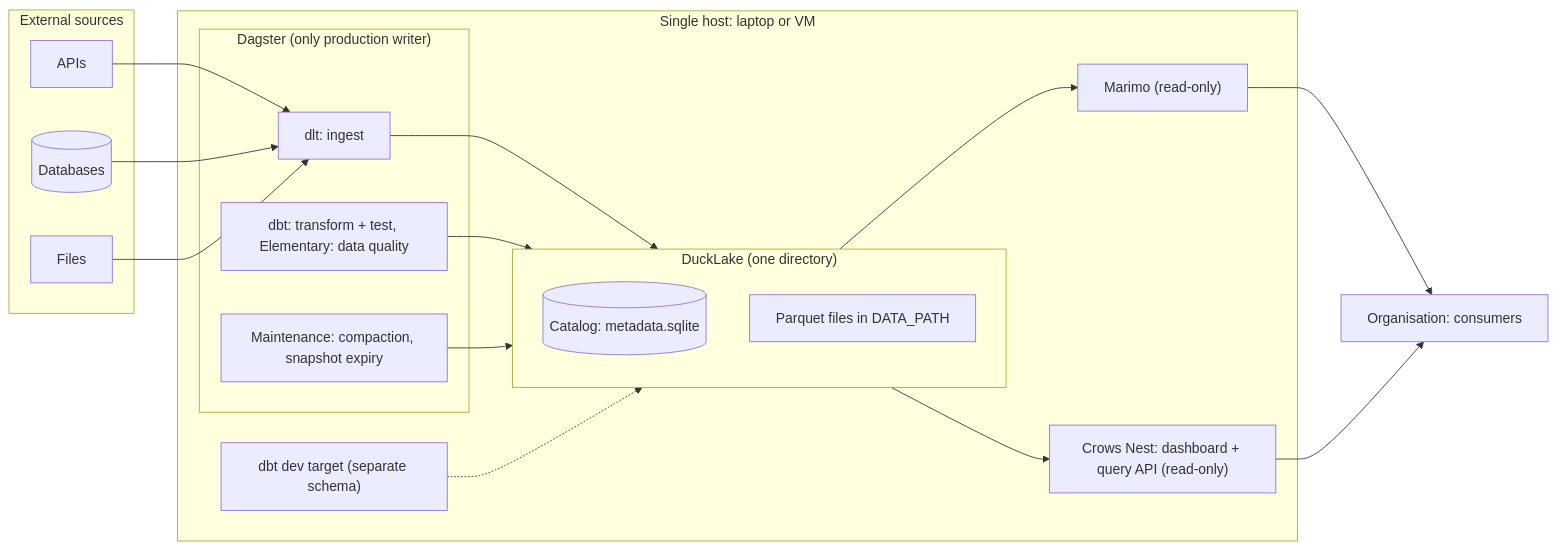
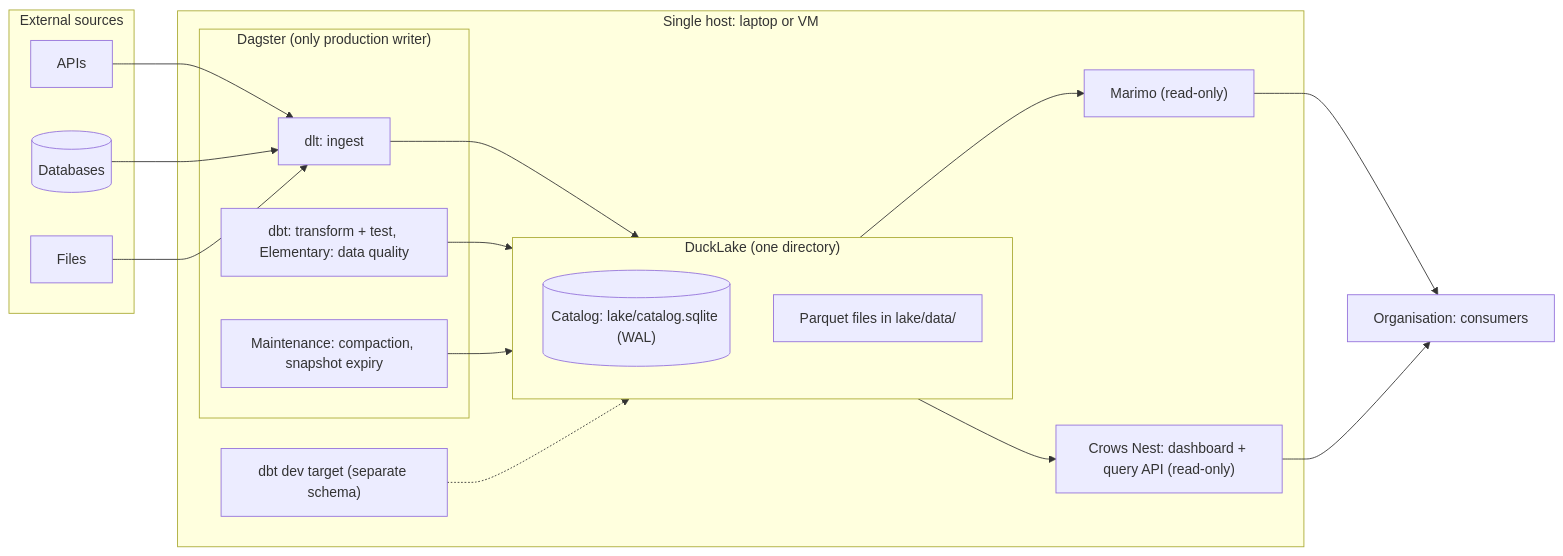
Before and after one commit to datavloot/datavloot-toolkit: the first of 5 diagrams in docs/architecture.md, drawn with Mermaid. The commit also changed other lines of this file and 1 other file, not shown here.

````diff
--- a/docs/architecture.md
+++ b/docs/architecture.md
@@ -9,39 +9,39 @@
 ```mermaid
 flowchart LR
     subgraph SRC["External sources"]
         S_API["APIs"]
         S_DB[("Databases")]
         S_FILES["Files"]
     end
 
     subgraph HOST["Single host: laptop or VM"]
         subgraph ORCH["Dagster (only production writer)"]
             DLT["dlt: ingest"]
             DBT["dbt: transform + test, Elementary: data quality"]
             MAINT["Maintenance: compaction, snapshot expiry"]
         end
 
         subgraph LAKE["DuckLake (one directory)"]
-            CAT[("Catalog: metadata.sqlite")]
-            PQ["Parquet files in DATA_PATH"]
+            CAT[("Catalog: lake/catalog.sqlite (WAL)")]
+            PQ["Parquet files in lake/data/"]
         end
 
         DEV["dbt dev target (separate schema)"]
         MARIMO["Marimo (read-only)"]
         CROWSNEST["Crows Nest: dashboard + query API (read-only)"]
     end
 
     USERS["Organisation: consumers"]
 
     S_API --> DLT
     S_DB --> DLT
     S_FILES --> DLT
     DLT --> LAKE
     DBT --> LAKE
     MAINT --> LAKE
     DEV -.-> LAKE
     LAKE --> MARIMO
     LAKE --> CROWSNEST
     MARIMO --> USERS
     CROWSNEST --> USERS
 ```
````
